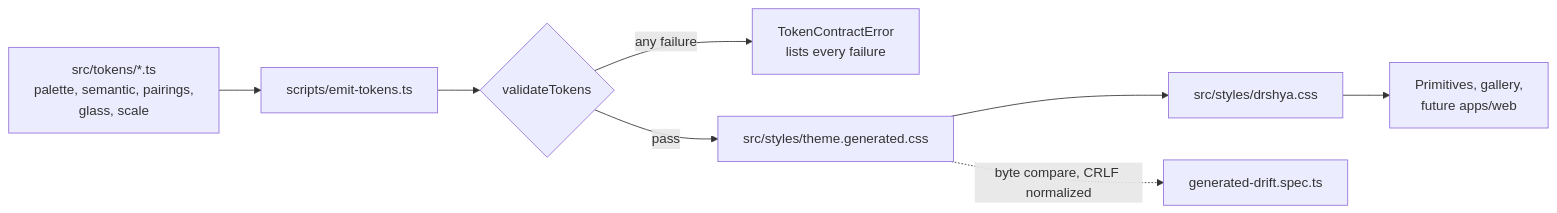
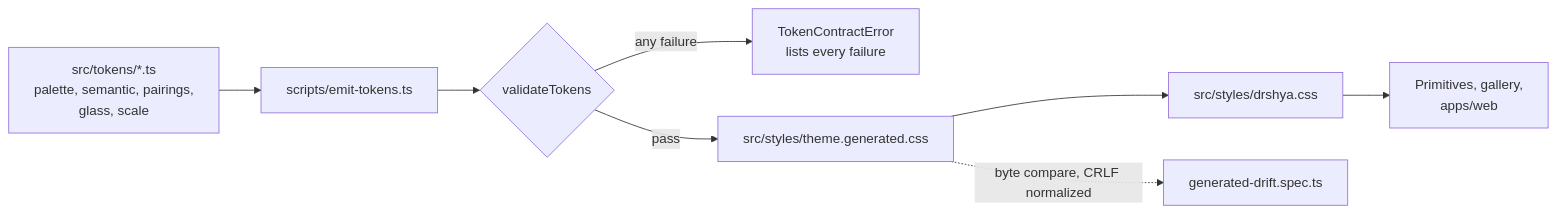
Diagram 25 of 39 in docs/architecture.md (abranjith/yantra), drawn with Mermaid before and after one commit. The commit also changed other lines of this file and 153 other files, not shown here.

````diff
--- a/docs/architecture.md
+++ b/docs/architecture.md
@@ -3144,10 +3422,10 @@
 ```mermaid
 flowchart LR
   Tokens[src/tokens/*.ts<br/>palette, semantic, pairings,<br/>glass, scale] --> Emit[scripts/emit-tokens.ts]
   Emit --> Gate{validateTokens}
   Gate -->|any failure| Error[TokenContractError<br/>lists every failure]
   Gate -->|pass| Generated[src/styles/theme.generated.css]
   Generated --> Entry[src/styles/drshya.css]
-  Entry --> Consumers[Primitives, gallery,<br/>future apps/web]
+  Entry --> Consumers[Primitives, gallery,<br/>apps/web]
   Generated -.->|byte compare, CRLF normalized| Drift[generated-drift.spec.ts]
 ```
````
